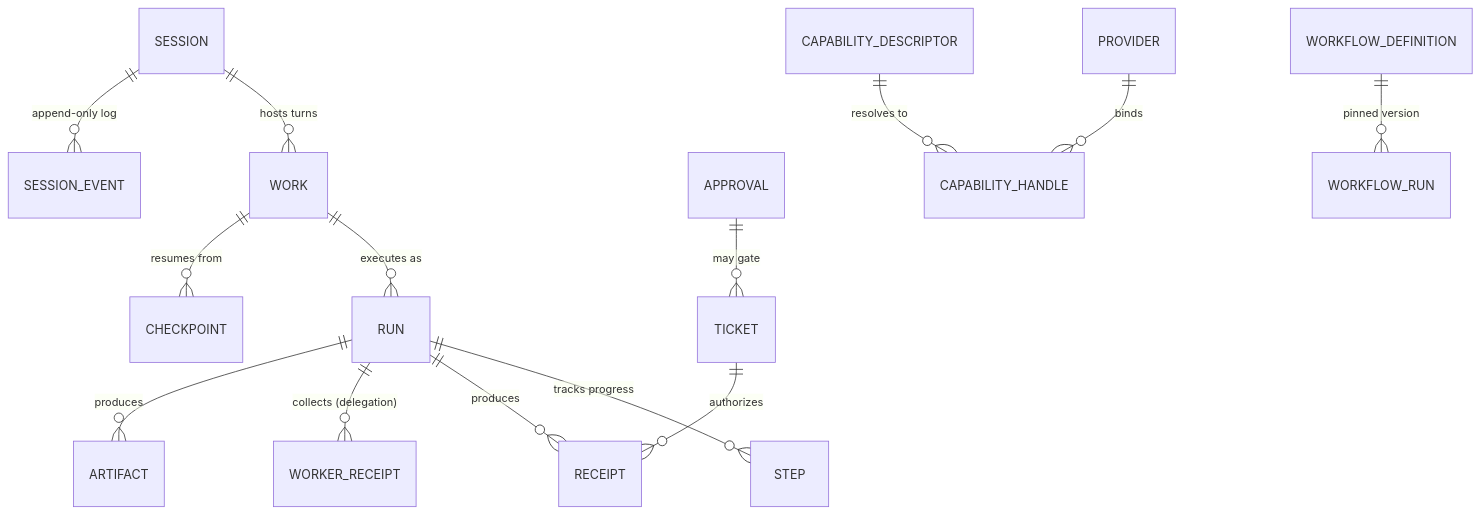
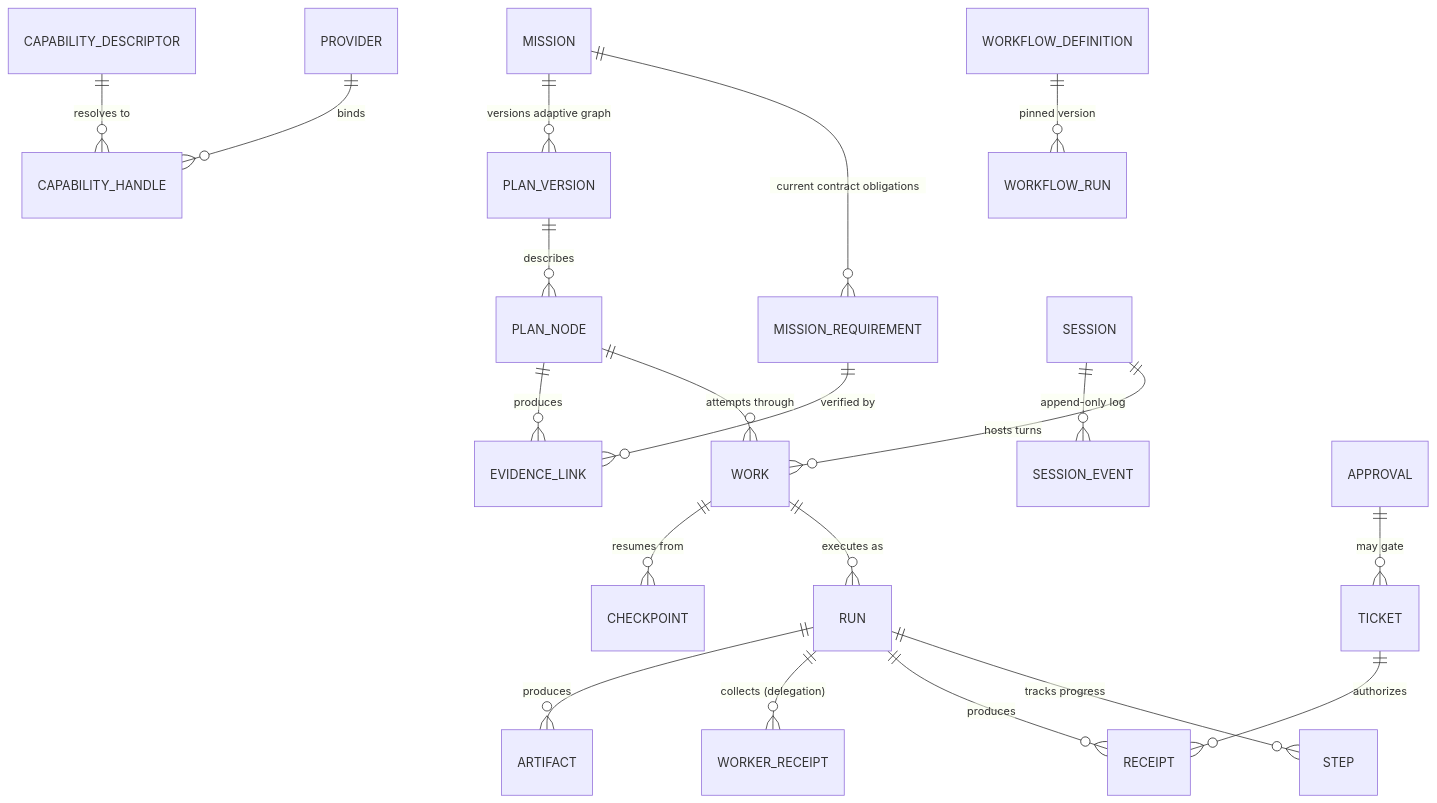
Before and after one commit to sarv-projects/agentcowork: the diagram in ARCH/06-DATA-MODEL.md, drawn with Mermaid. The commit also changed other lines of this file and 38 other files, not shown here.

````diff
--- a/ARCH/06-DATA-MODEL.md
+++ b/ARCH/06-DATA-MODEL.md
@@ -54,16 +66,22 @@
 ```mermaid
 erDiagram
+  MISSION ||--o{ MISSION_REQUIREMENT : "current contract obligations"
+  MISSION ||--o{ PLAN_VERSION : "versions adaptive graph"
+  PLAN_VERSION ||--o{ PLAN_NODE : "describes"
+  PLAN_NODE ||--o{ WORK : "attempts through"
+  MISSION_REQUIREMENT ||--o{ EVIDENCE_LINK : "verified by"
+  PLAN_NODE ||--o{ EVIDENCE_LINK : "produces"
   SESSION ||--o{ WORK : "hosts turns"
   SESSION ||--o{ SESSION_EVENT : "append-only log"
   WORK ||--o{ RUN : "executes as"
   WORK ||--o{ CHECKPOINT : "resumes from"
   RUN ||--o{ STEP : "tracks progress"
   RUN ||--o{ RECEIPT : "produces"
   RUN ||--o{ WORKER_RECEIPT : "collects (delegation)"
   RUN ||--o{ ARTIFACT : "produces"
   TICKET ||--o{ RECEIPT : "authorizes"
   APPROVAL ||--o{ TICKET : "may gate"
   PROVIDER ||--o{ CAPABILITY_HANDLE : "binds"
   CAPABILITY_DESCRIPTOR ||--o{ CAPABILITY_HANDLE : "resolves to"
   WORKFLOW_DEFINITION ||--o{ WORKFLOW_RUN : "pinned version"
 ```
````
